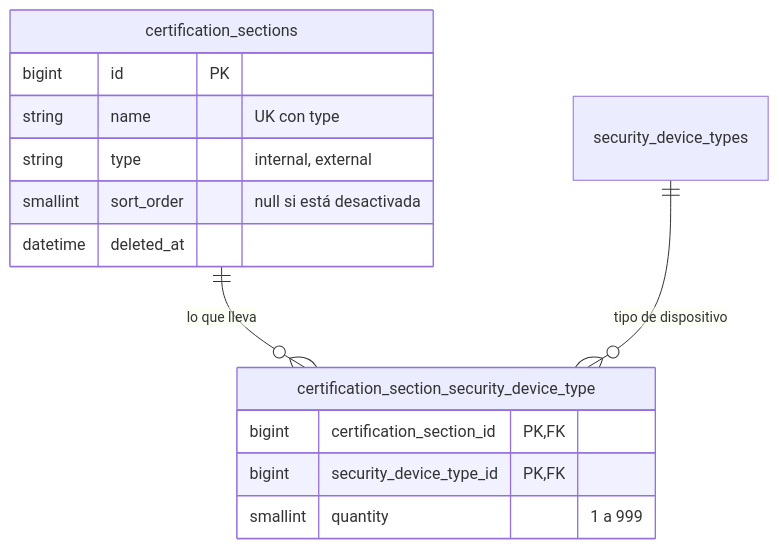
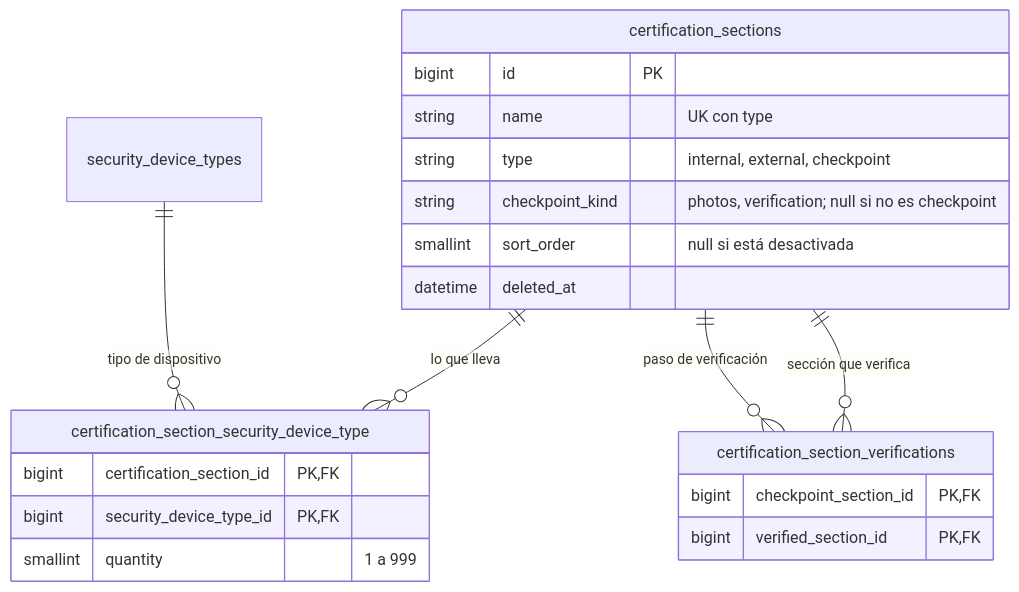
Before and after one commit to Cerati1998/SIGLA-TOS: the fourth of 12 diagrams in docs/database.md, drawn with Mermaid. The commit also changed other lines of this file, not shown here.

Commit message:
docs(H33): database.md con el tipo checkpoint y sus enlaces

````diff
--- a/docs/database.md
+++ b/docs/database.md
@@ -223,18 +225,25 @@
 ```mermaid
 erDiagram
   certification_sections ||--o{ certification_section_security_device_type : "lo que lleva"
   security_device_types ||--o{ certification_section_security_device_type : "tipo de dispositivo"
+  certification_sections ||--o{ certification_section_verifications : "paso de verificación"
+  certification_sections ||--o{ certification_section_verifications : "sección que verifica"
 
   certification_sections {
     bigint id PK
     string name "UK con type"
-    string type "internal, external"
+    string type "internal, external, checkpoint"
+    string checkpoint_kind "photos, verification; null si no es checkpoint"
     smallint sort_order "null si está desactivada"
     datetime deleted_at
+  }
+  certification_section_verifications {
+    bigint checkpoint_section_id PK, FK
+    bigint verified_section_id PK, FK
   }
   certification_section_security_device_type {
     bigint certification_section_id PK, FK
     bigint security_device_type_id PK, FK
     smallint quantity "1 a 999"
   }
 ```
````
